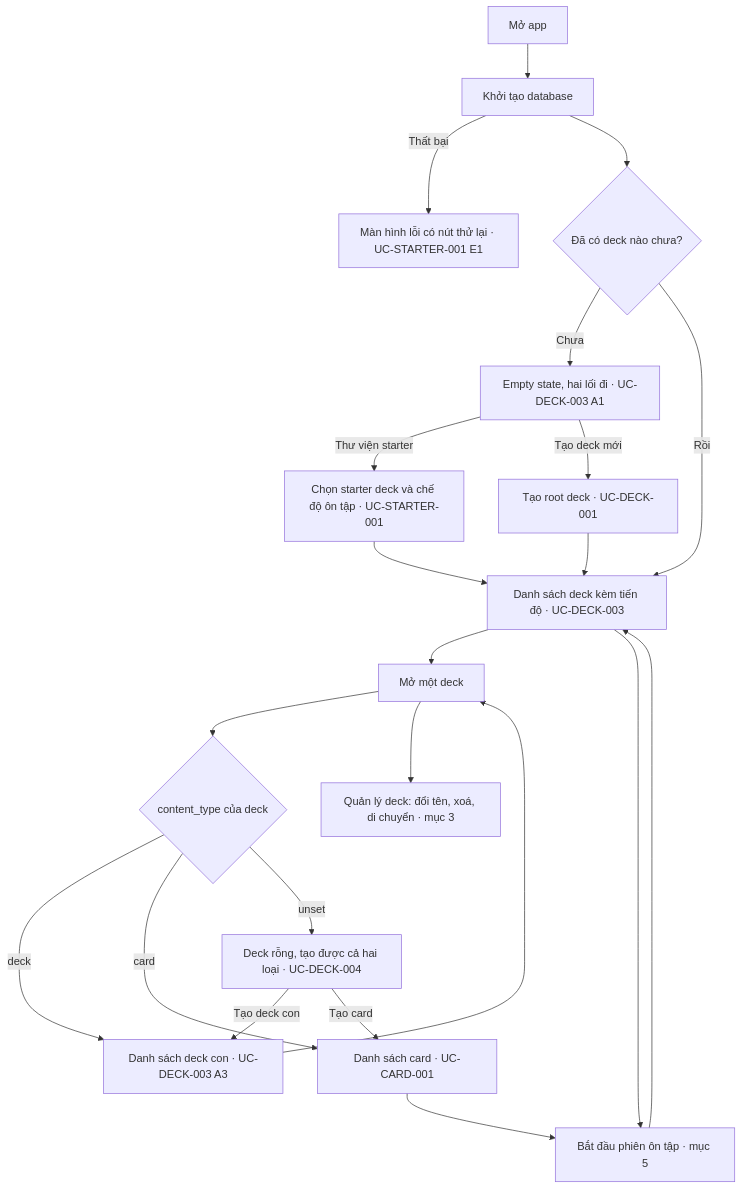
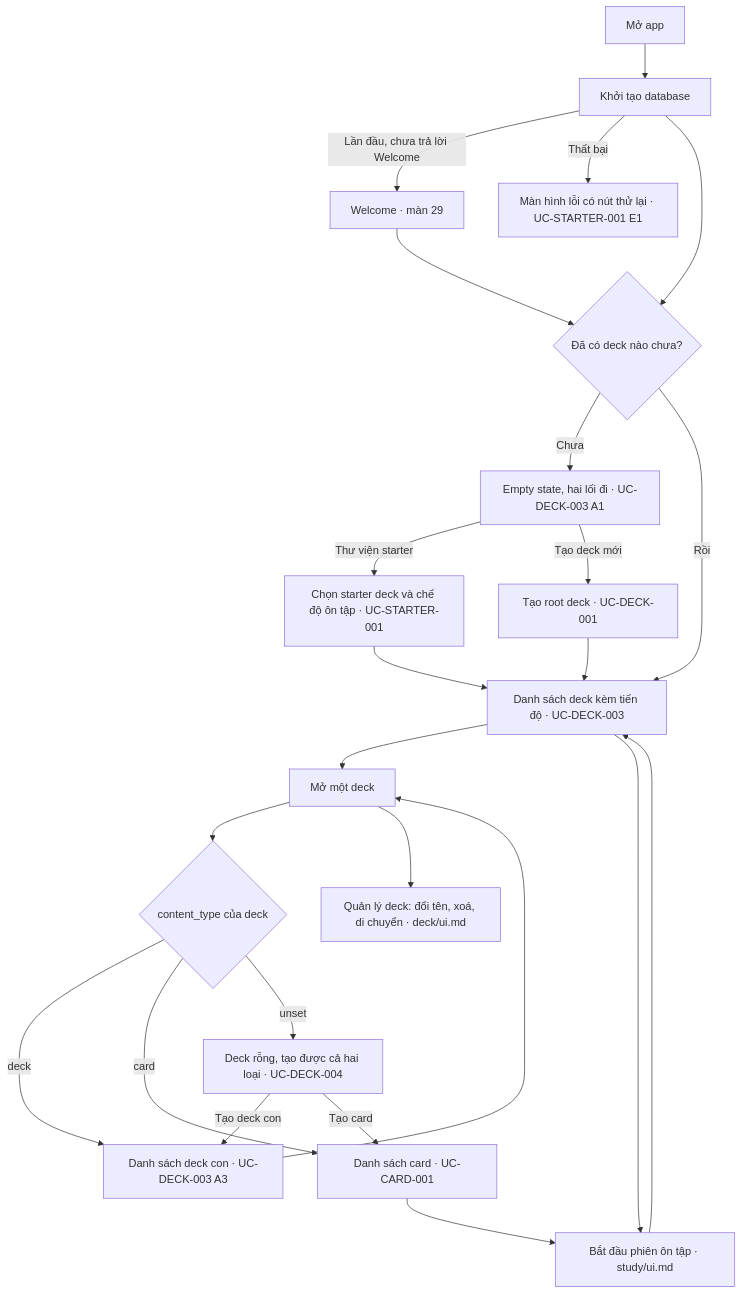
One commit to ntgptit/memox-v8 changed the diagram in docs/shared/ui/navigation.md. Above: the diagram before and after it, drawn with Mermaid. The commit also changed other lines of this file and 62 other files, not shown here.

````diff
--- a/docs/shared/ui/navigation.md
+++ b/docs/shared/ui/navigation.md
@@ -62,29 +68,31 @@
 ```mermaid
 flowchart TD
     A["Mở app"] --> B["Khởi tạo database"]
+    B -->|"Lần đầu, chưa trả lời Welcome"| W["Welcome · màn 29"]
+    W --> C
     B -->|"Thất bại"| B1["Màn hình lỗi có nút thử lại · UC-STARTER-001 E1"]
     B --> C{"Đã có deck nào chưa?"}
 
     C -->|"Chưa"| D["Empty state, hai lối đi · UC-DECK-003 A1"]
     D -->|"Thư viện starter"| E["Chọn starter deck và chế độ ôn tập · UC-STARTER-001"]
     D -->|"Tạo deck mới"| F["Tạo root deck · UC-DECK-001"]
 
     C -->|"Rồi"| G["Danh sách deck kèm tiến độ · UC-DECK-003"]
     E --> G
     F --> G
 
     G --> H["Mở một deck"]
     H --> I{"content_type của deck"}
     I -->|"deck"| J["Danh sách deck con · UC-DECK-003 A3"]
     I -->|"card"| K["Danh sách card · UC-CARD-001"]
     I -->|"unset"| L["Deck rỗng, tạo được cả hai loại · UC-DECK-004"]
 
     J --> H
     L -->|"Tạo deck con"| J
     L -->|"Tạo card"| K
 
-    H --> M["Quản lý deck: đổi tên, xoá, di chuyển · mục 3"]
-    G --> N["Bắt đầu phiên ôn tập · mục 5"]
+    H --> M["Quản lý deck: đổi tên, xoá, di chuyển · deck/ui.md"]
+    G --> N["Bắt đầu phiên ôn tập · study/ui.md"]
     K --> N
     N --> G
 ```
````
